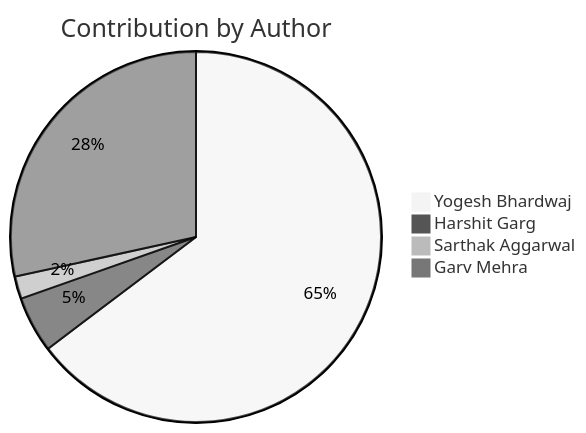
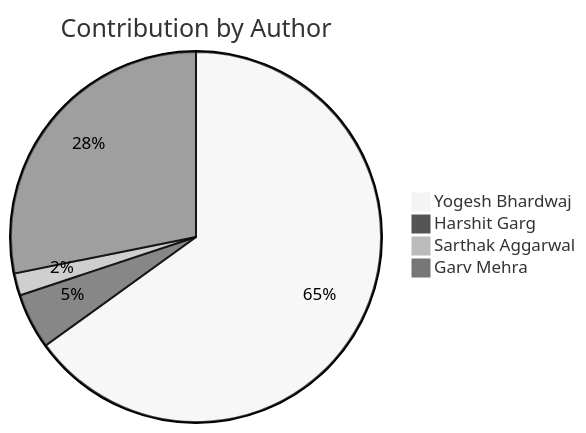
The diagram in README.md (Yogesh-Bhardwaj-hue/Scm-Final_2.0), drawn with Mermaid (neutral theme) before and after one commit. The commit also changed other lines of this file, not shown here.

Commit message:
Update contribution charts

````diff
--- a/README.md
+++ b/README.md
@@ -161,7 +161,7 @@
 ```mermaid
 pie title Contribution by Author
-    "Yogesh Bhardwaj": 66
+    "Yogesh Bhardwaj": 67
     "Harshit Garg": 5
     "Sarthak Aggarwal": 2
     "Garv Mehra": 29
 ```
````
